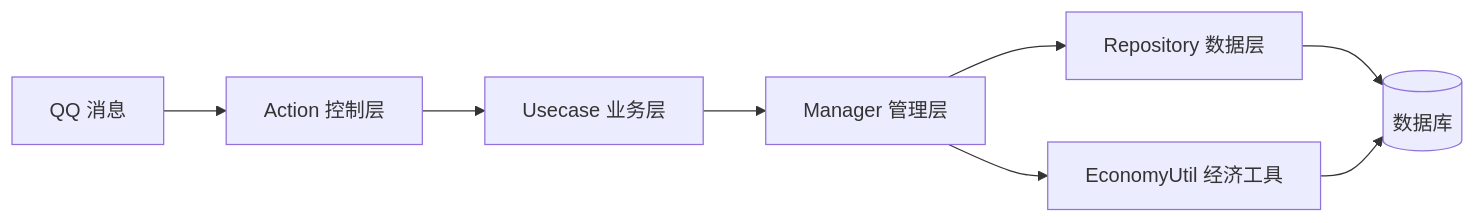
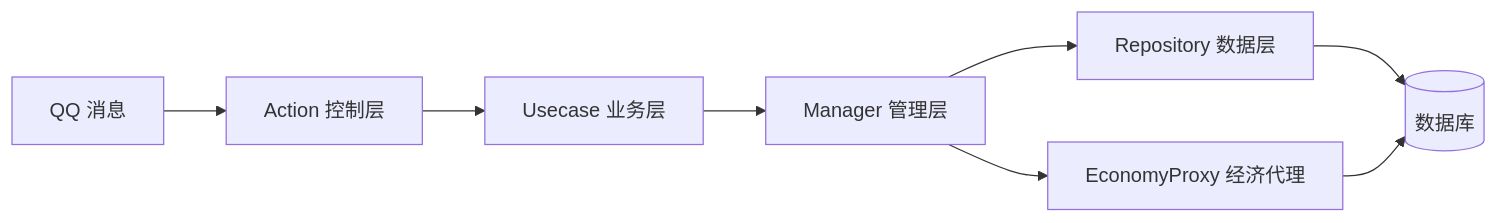
The second of 24 diagrams in docs/项目功能设计说明.md (Moyuyanli/HuYanEconomy), drawn with Mermaid before and after one commit. The commit also changed 10 other files, not shown here.

First line of the commit message:
feat:统一经济门面到 EconomyProxy,移除 UserWallet

````diff
--- a/docs/项目功能设计说明.md
+++ b/docs/项目功能设计说明.md
@@ -49,10 +49,10 @@
 ```mermaid
 graph LR
     Message[QQ 消息] --> Action[Action 控制层]
     Action --> Usecase[Usecase 业务层]
     Usecase --> Manager[Manager 管理层]
     Manager --> Repo[Repository 数据层]
     Repo --> DB[(数据库)]
-    Manager --> EconomyUtil[EconomyUtil 经济工具]
-    EconomyUtil --> DB
+    Manager --> EconomyProxy[EconomyProxy 经济代理]
+    EconomyProxy --> DB
 ```
````
